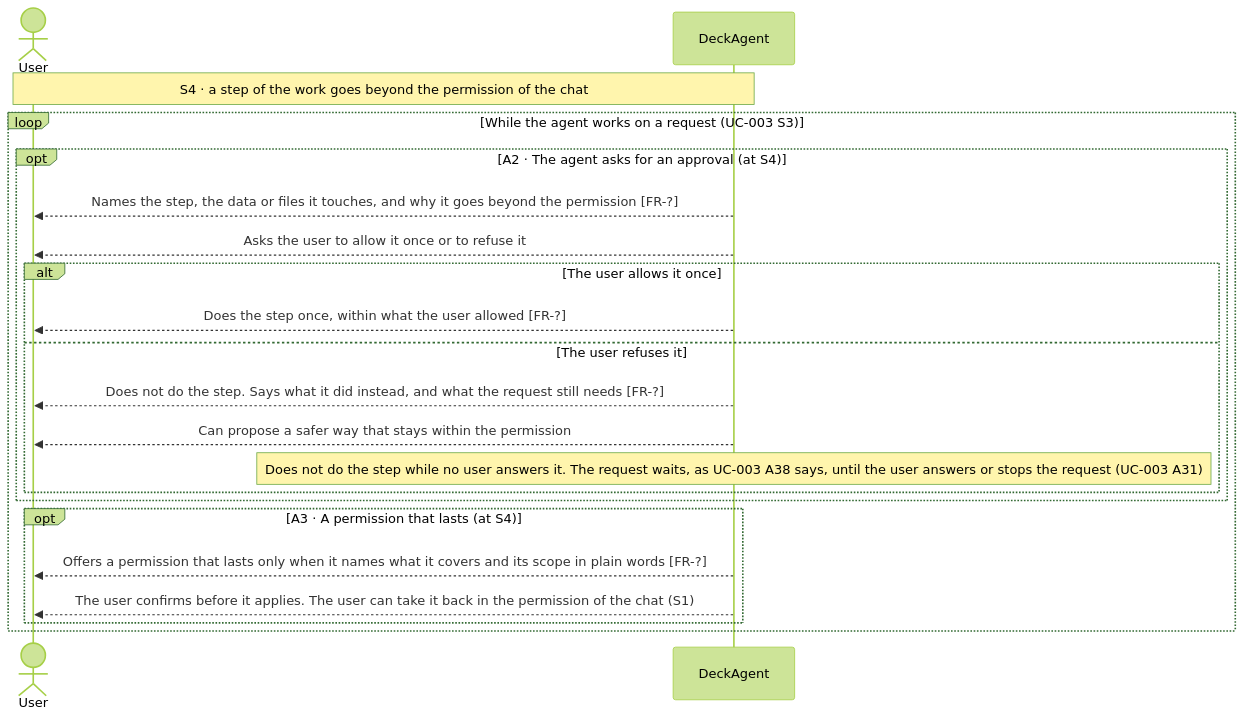
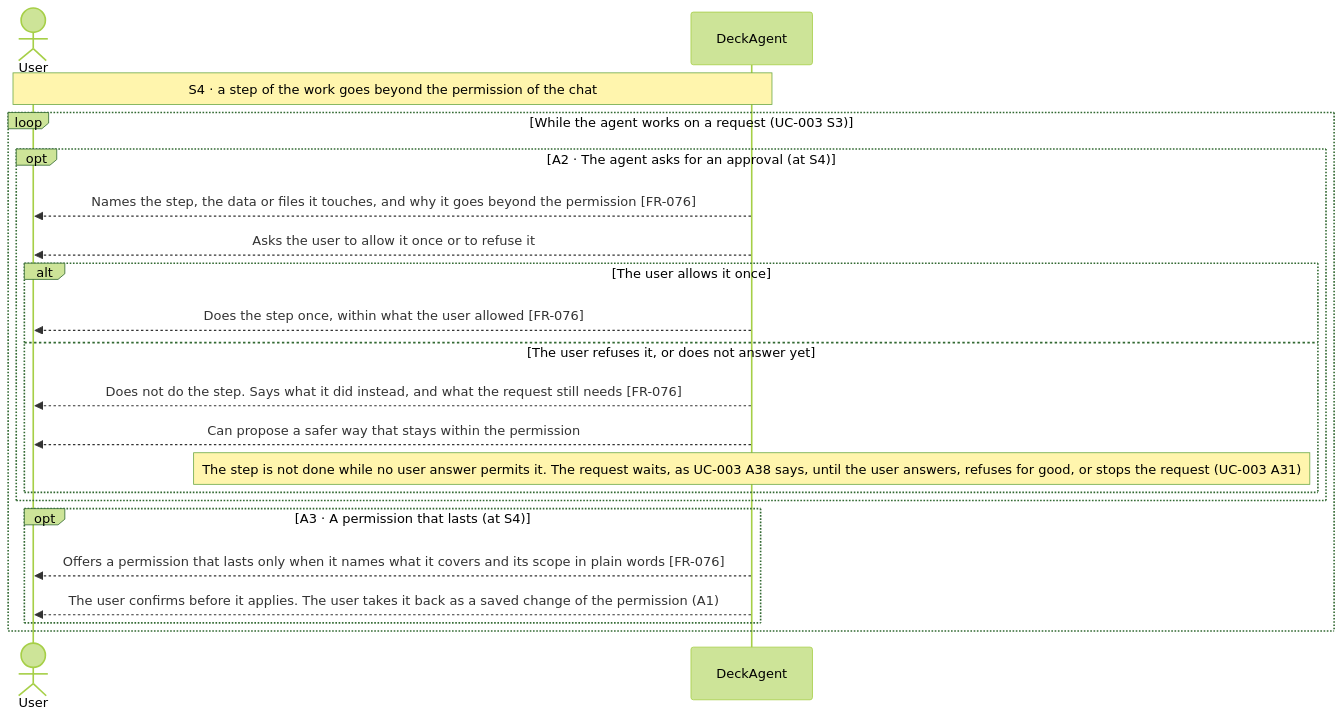
One commit to Luke23127006/DeckAgent changed the second of 2 diagrams in docs/spec/03-use-cases/UC-014.md. Above: the diagram before and after it, drawn with Mermaid (forest theme). The commit also changed other lines of this file and 128 other files, not shown here.

````diff
--- a/docs/spec/03-use-cases/UC-014.md
+++ b/docs/spec/03-use-cases/UC-014.md
@@ -64,23 +60,23 @@
 ```mermaid
 sequenceDiagram
     actor User
     participant DeckAgent
     Note over User,DeckAgent: S4 · a step of the work goes beyond the permission of the chat
     loop While the agent works on a request (UC-003 S3)
         opt A2 · The agent asks for an approval (at S4)
-            DeckAgent-->>User: Names the step, the data or files it touches, and why it goes beyond the permission [FR-?]
+            DeckAgent-->>User: Names the step, the data or files it touches, and why it goes beyond the permission [FR-076]
             DeckAgent-->>User: Asks the user to allow it once or to refuse it
             alt The user allows it once
-                DeckAgent-->>User: Does the step once, within what the user allowed [FR-?]
-            else The user refuses it
-                DeckAgent-->>User: Does not do the step. Says what it did instead, and what the request still needs [FR-?]
+                DeckAgent-->>User: Does the step once, within what the user allowed [FR-076]
+            else The user refuses it, or does not answer yet
+                DeckAgent-->>User: Does not do the step. Says what it did instead, and what the request still needs [FR-076]
                 DeckAgent-->>User: Can propose a safer way that stays within the permission
-                note over DeckAgent: Does not do the step while no user answers it. The request waits, as UC-003 A38 says, until the user answers or stops the request (UC-003 A31)
+                note over DeckAgent: The step is not done while no user answer permits it. The request waits, as UC-003 A38 says, until the user answers, refuses for good, or stops the request (UC-003 A31)
             end
         end
         opt A3 · A permission that lasts (at S4)
-            DeckAgent-->>User: Offers a permission that lasts only when it names what it covers and its scope in plain words [FR-?]
-            DeckAgent-->>User: The user confirms before it applies. The user can take it back in the permission of the chat (S1)
+            DeckAgent-->>User: Offers a permission that lasts only when it names what it covers and its scope in plain words [FR-076]
+            DeckAgent-->>User: The user confirms before it applies. The user takes it back as a saved change of the permission (A1)
         end
     end
 ```
````
